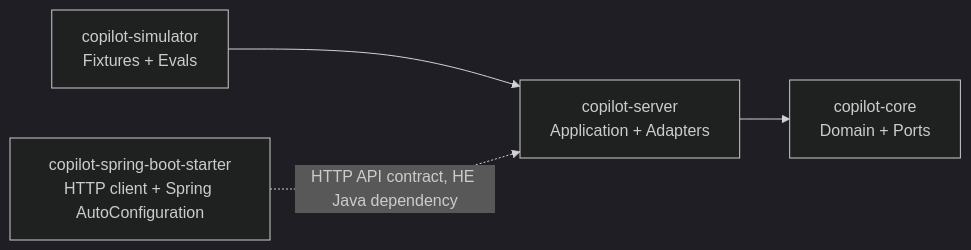
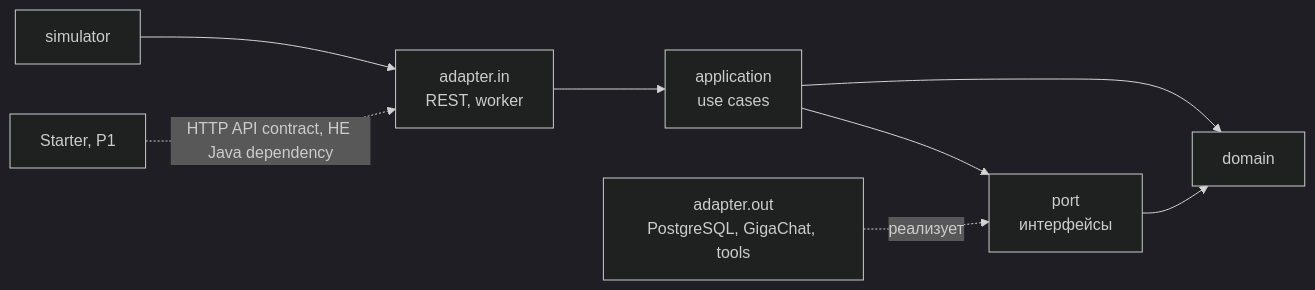
Before and after one commit to Borisenko000/incident-copilot: the seventh of 7 diagrams in README.md, drawn with Mermaid (dark theme). The commit also changed other lines of this file and 5 other files, not shown here.

````diff
--- a/README.md
+++ b/README.md
@@ -914,10 +913,10 @@
 ```mermaid
 flowchart LR
-   CORE[copilot-core<br/>Domain + Ports]
-   SERVER[copilot-server<br/>Application + Adapters]
-   SIM[copilot-simulator<br/>Fixtures + Evals]
-   STARTER[copilot-spring-boot-starter<br/>HTTP client + Spring AutoConfiguration]
-   SERVER --> CORE
-   SIM --> SERVER
-   STARTER -.->|HTTP API contract, НЕ Java dependency| SERVER
+   ADIN[adapter.in<br/>REST, worker] --> APP[application<br/>use cases]
+   APP --> PORT[port<br/>интерфейсы]
+   APP --> DOM[domain]
+   PORT --> DOM
+   ADOUT[adapter.out<br/>PostgreSQL, GigaChat, tools] -.->|реализует| PORT
+   SIM[simulator] --> ADIN
+   STARTER[Starter, P1] -.->|HTTP API contract, НЕ Java dependency| ADIN
 ```
````
